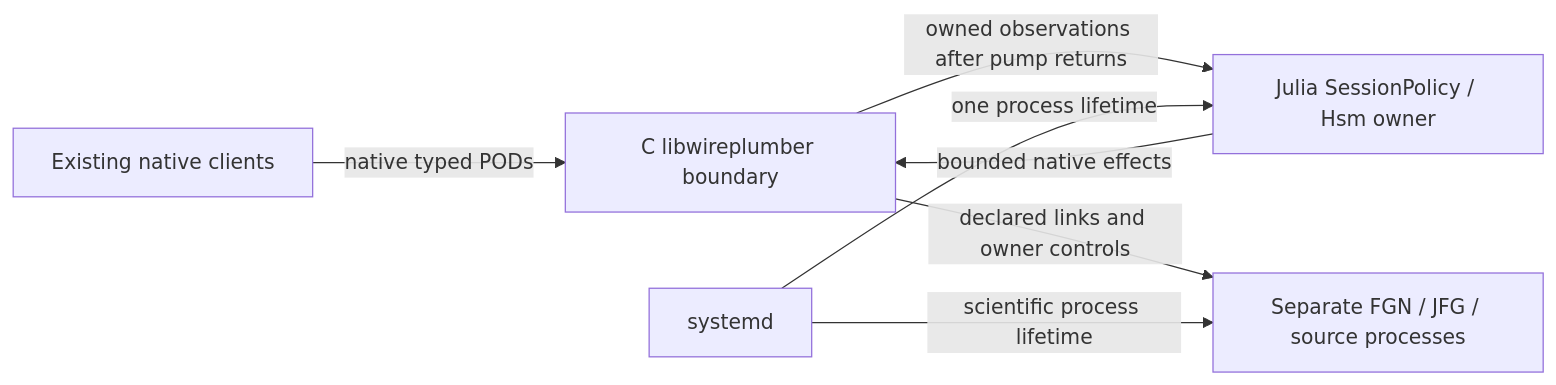
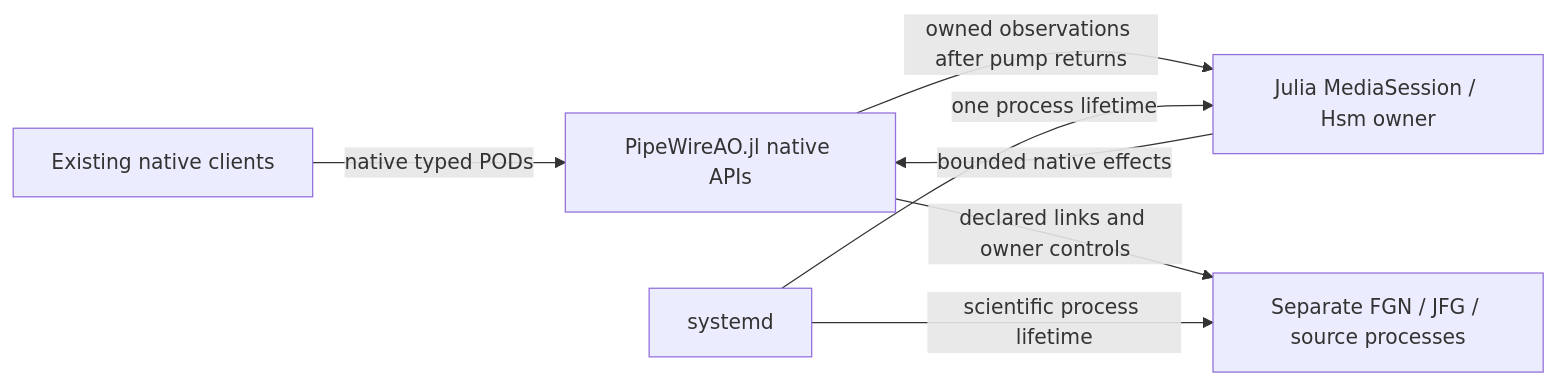
One commit to DarrylGamroth/pipewireao-rtc changed the diagram in docs/SESSION_POLICY_MIGRATION.md. Above: the diagram before and after it, drawn with Mermaid. The commit also changed other lines of this file and 13 other files, not shown here.

First line of the commit message:
Add the MediaSession module and hierarchical lifecycle

````diff
--- a/docs/SESSION_POLICY_MIGRATION.md
+++ b/docs/SESSION_POLICY_MIGRATION.md
@@ -19,14 +26,14 @@
 ```mermaid
 flowchart LR
     Client["Existing native clients"]
-    Bridge["C libwireplumber boundary"]
-    Policy["Julia SessionPolicy / Hsm owner"]
+    Bridge["PipeWireAO.jl native APIs"]
+    Policy["Julia MediaSession / Hsm owner"]
     Science["Separate FGN / JFG / source processes"]
     Systemd["systemd"]
     Client -->|native typed PODs| Bridge
     Bridge -->|owned observations after pump returns| Policy
     Policy -->|bounded native effects| Bridge
     Bridge -->|declared links and owner controls| Science
     Systemd -->|one process lifetime| Policy
     Systemd -->|scientific process lifetime| Science
 ```
````
